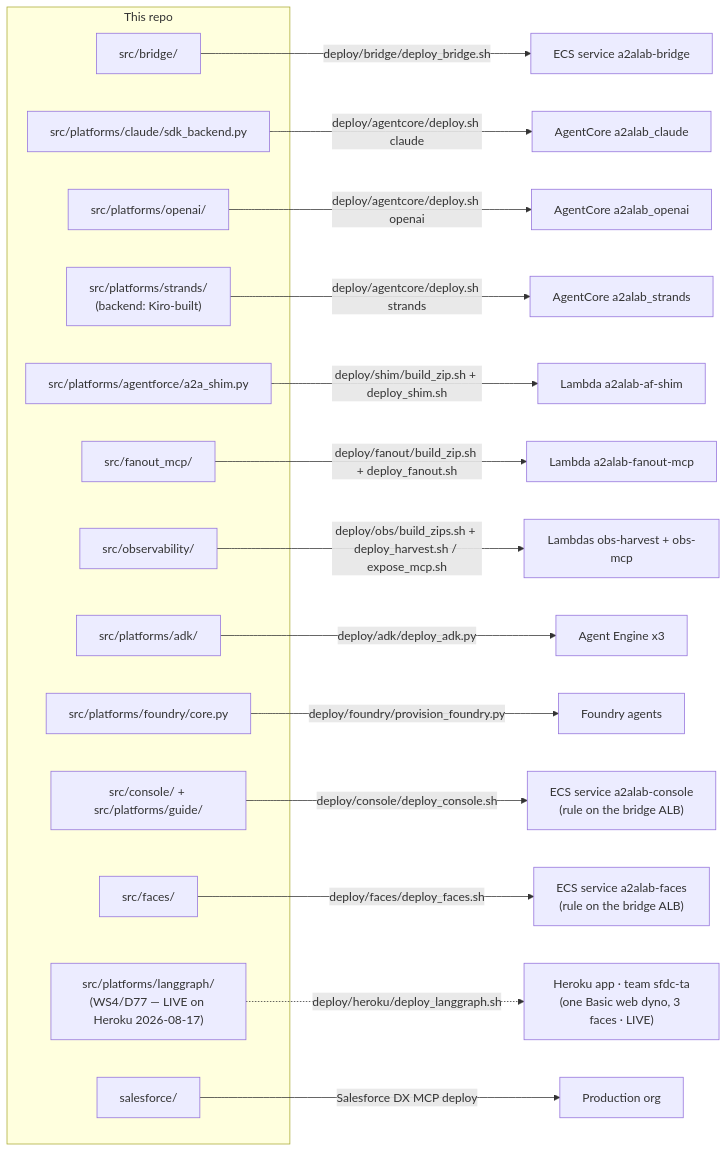
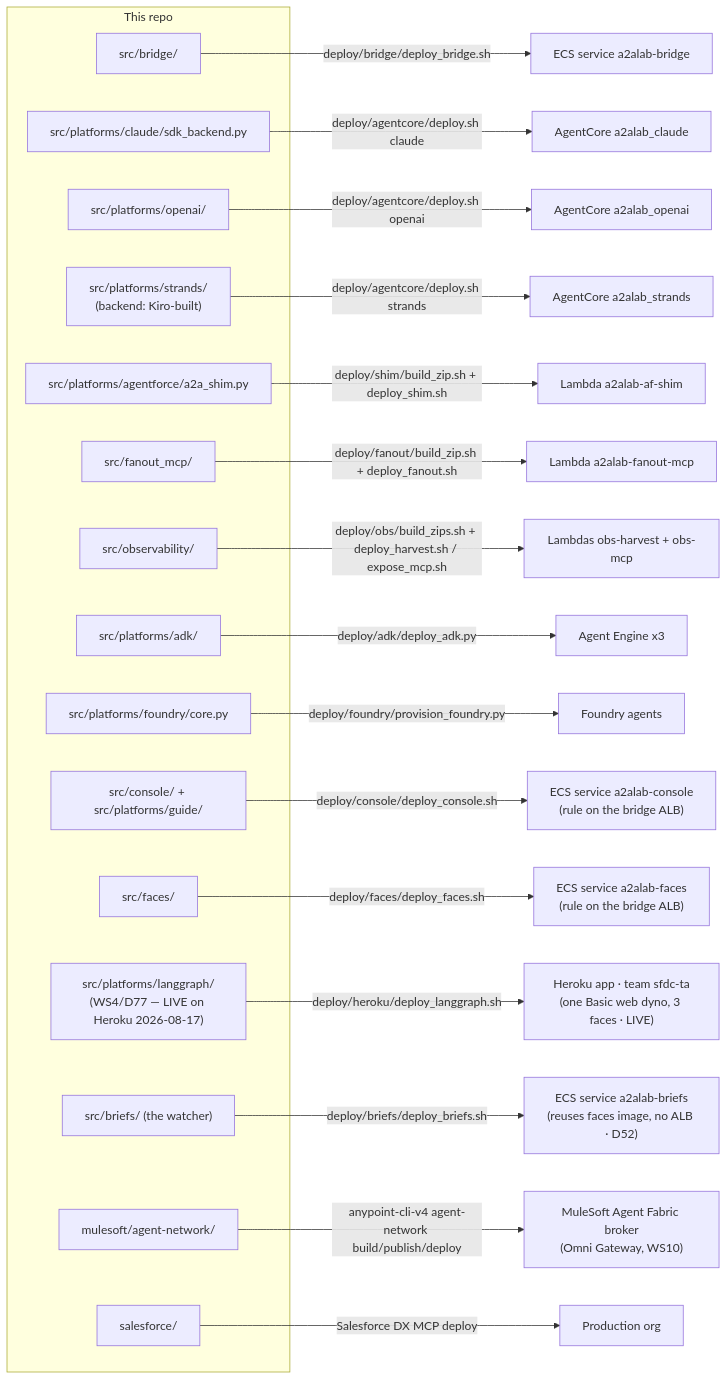
Diagram 11 of 11 in plan/09-deployment-map.md (congmingwudi/a2a-lab), drawn with Mermaid before and after one commit. The commit also changed other lines of this file and 15 other files, not shown here.

First line of the commit message:
WS30: Digital Wallet consumption tab scaffold + architecture sweep fixes

````diff
--- a/plan/09-deployment-map.md
+++ b/plan/09-deployment-map.md
@@ -1074,31 +1182,35 @@
 ```mermaid
 flowchart LR
   subgraph REPO["This repo"]
     R1["src/bridge/"]
     R2["src/platforms/claude/sdk_backend.py"]
     R3["src/platforms/openai/"]
     R12["src/platforms/strands/<br/>(backend: Kiro-built)"]
     R4["src/platforms/agentforce/a2a_shim.py"]
     R5["src/fanout_mcp/"]
     R6["src/observability/"]
     R7["src/platforms/adk/"]
     R8["src/platforms/foundry/core.py"]
     R9["src/console/ + src/platforms/guide/"]
     R11["src/faces/"]
     R13["src/platforms/langgraph/<br/>(WS4/D77 — LIVE on Heroku 2026-08-17)"]
+    R14["src/briefs/ (the watcher)"]
+    R15["mulesoft/agent-network/"]
     R10["salesforce/"]
   end
   R1 -->|"deploy/bridge/deploy_bridge.sh"| D1["ECS service a2alab-bridge"]
   R2 -->|"deploy/agentcore/deploy.sh claude"| D2["AgentCore a2alab_claude"]
   R3 -->|"deploy/agentcore/deploy.sh openai"| D3["AgentCore a2alab_openai"]
   R12 -->|"deploy/agentcore/deploy.sh strands"| D12["AgentCore a2alab_strands"]
   R4 -->|"deploy/shim/build_zip.sh + deploy_shim.sh"| D4["Lambda a2alab-af-shim"]
   R5 -->|"deploy/fanout/build_zip.sh + deploy_fanout.sh"| D5["Lambda a2alab-fanout-mcp"]
   R6 -->|"deploy/obs/build_zips.sh + deploy_harvest.sh / expose_mcp.sh"| D6["Lambdas obs-harvest + obs-mcp"]
   R7 -->|"deploy/adk/deploy_adk.py"| D7["Agent Engine x3"]
   R8 -->|"deploy/foundry/provision_foundry.py"| D8["Foundry agents"]
   R9 -->|"deploy/console/deploy_console.sh"| D9["ECS service a2alab-console<br/>(rule on the bridge ALB)"]
   R11 -->|"deploy/faces/deploy_faces.sh"| D11["ECS service a2alab-faces<br/>(rule on the bridge ALB)"]
-  R13 -.->|"deploy/heroku/deploy_langgraph.sh"| D13["Heroku app · team sfdc-ta<br/>(one Basic web dyno, 3 faces · LIVE)"]
+  R13 -->|"deploy/heroku/deploy_langgraph.sh"| D13["Heroku app · team sfdc-ta<br/>(one Basic web dyno, 3 faces · LIVE)"]
+  R14 -->|"deploy/briefs/deploy_briefs.sh"| D14["ECS service a2alab-briefs<br/>(reuses faces image, no ALB · D52)"]
+  R15 -->|"anypoint-cli-v4 agent-network build/publish/deploy"| D15["MuleSoft Agent Fabric broker<br/>(Omni Gateway, WS10)"]
   R10 -->|"Salesforce DX MCP deploy"| D10["Production org"]
 ```
````
